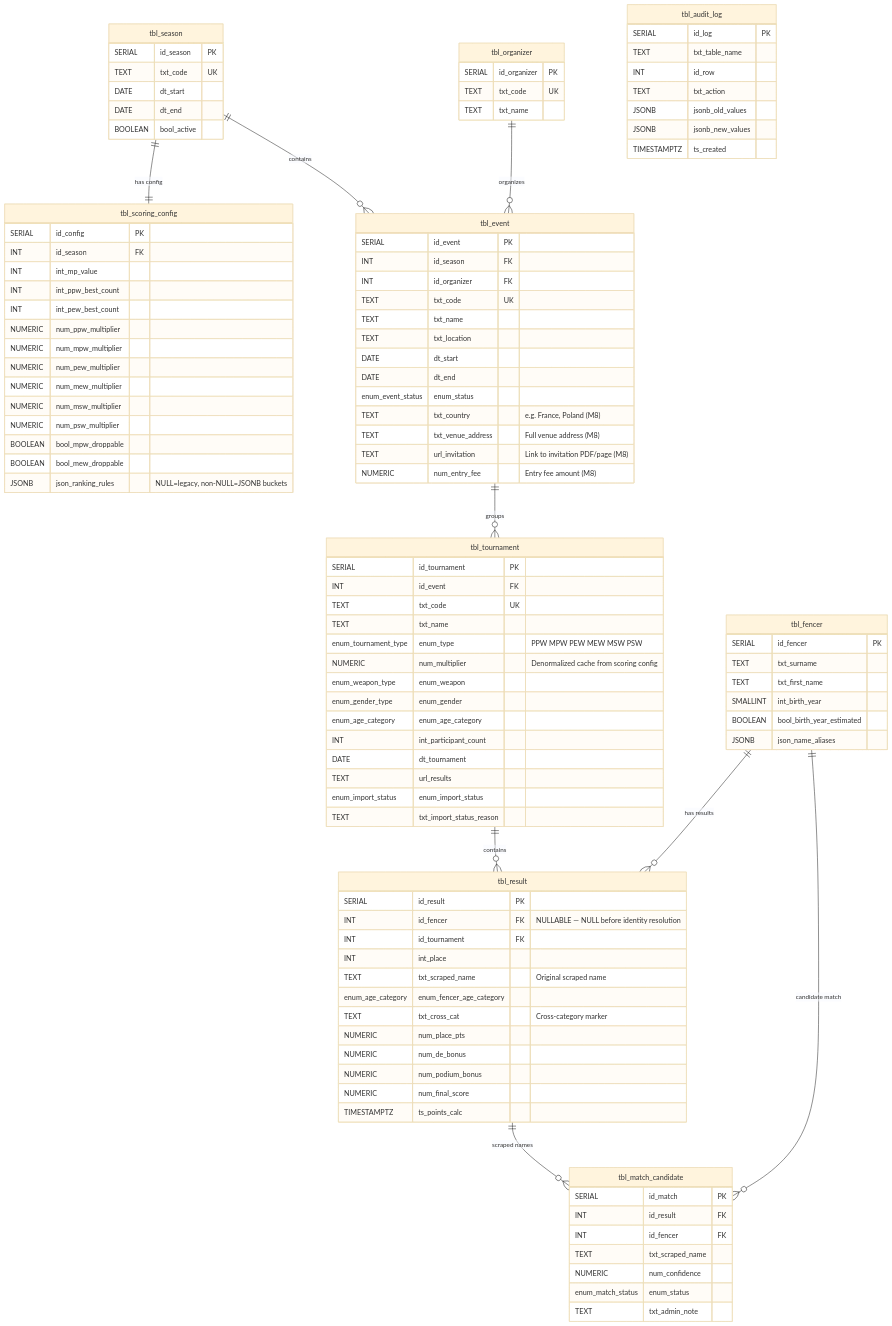
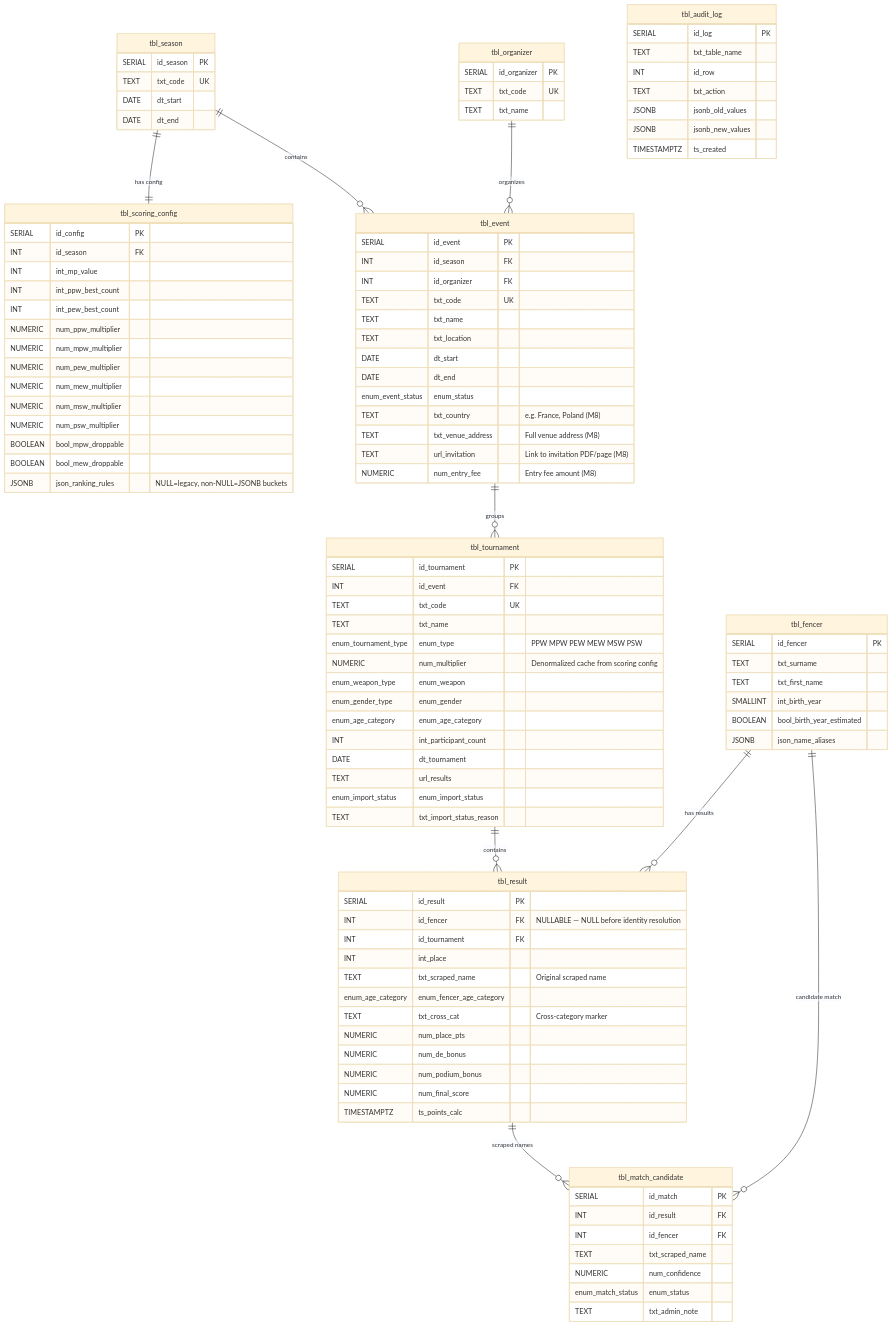
One commit to Fencer4Life/spws-automated-ranklist changed the first of 4 diagrams in doc/Project Specification. SPWS Automated Ranklist System.md. Above: the diagram before and after it, drawn with Mermaid (base theme). The commit also changed other lines of this file and 82 other files, not shown here.

```diff
--- a/doc/Project Specification. SPWS Automated Ranklist System.md
+++ b/doc/Project Specification. SPWS Automated Ranklist System.md
@@ -581,7 +581,6 @@
         TEXT txt_code UK
         DATE dt_start
         DATE dt_end
-        BOOLEAN bool_active
     }
     tbl_scoring_config {
         SERIAL id_config PK
```
